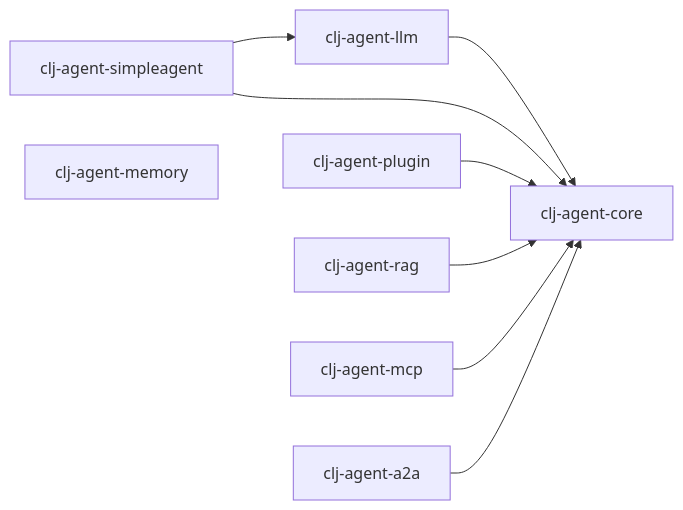
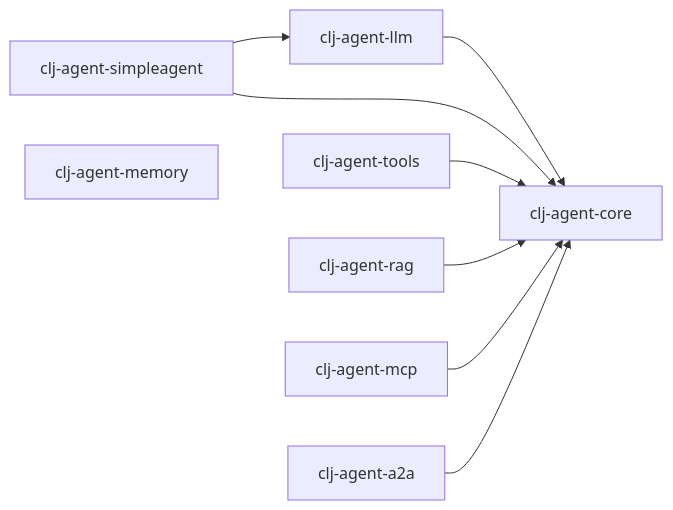
One commit to TTalkPro/clj-agent changed the diagram in modules/README.md. Above: the diagram before and after it, drawn with Mermaid. The commit also changed other lines of this file and 27 other files, not shown here.

````diff
--- a/modules/README.md
+++ b/modules/README.md
@@ -189,19 +189,19 @@
 ```mermaid
 graph LR
     core[clj-agent-core]
     llm[clj-agent-llm]
     sa[clj-agent-simpleagent]
-    plugin[clj-agent-plugin]
+    plugin[clj-agent-tools]
     rag[clj-agent-rag]
     memory[clj-agent-memory]
     mcp[clj-agent-mcp]
     a2a[clj-agent-a2a]
 
     llm --> core
     sa --> core
     sa --> llm
     plugin --> core
     rag --> core
     mcp --> core
     a2a --> core
 ```
````
